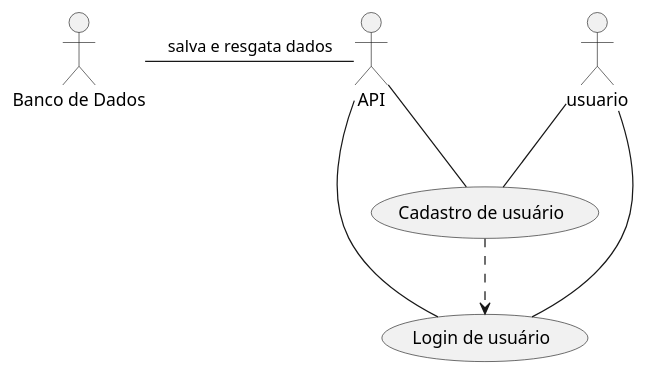
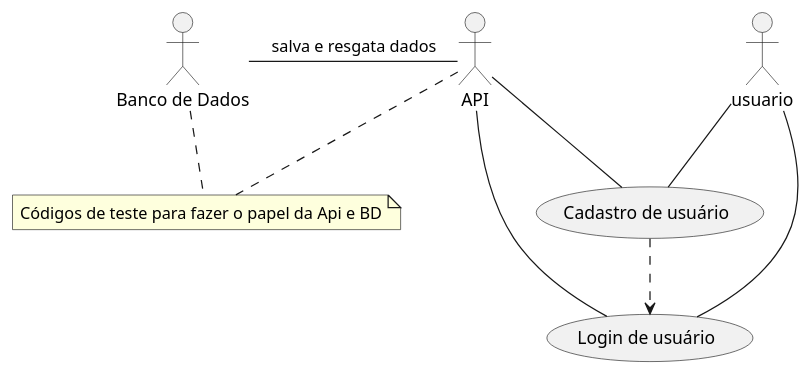
The diagram in src/UML/diagramaCasoDeUso.puml (FranCosMonX/Animes-Available), drawn with PlantUML before and after one commit. The commit also changed 5 other files, not shown here.

```diff
--- a/src/UML/diagramaCasoDeUso.puml
+++ b/src/UML/diagramaCasoDeUso.puml
@@ -1,17 +1,22 @@
 @startuml
+
+note "Códigos de teste para fazer o papel da Api e BD" as notaGlobal
 
 actor usuario
 actor "Banco de Dados" as BD
 actor API
 
 usecase "Cadastro de usuário" as cadastro
 usecase "Login de usuário" as login
 
 usuario -- cadastro
 usuario -- login
 cadastro .-> login
 API -left- BD : salva e resgata dados
 API -- cadastro
 API -- login
 
+notaGlobal .up- BD
+notaGlobal .up- API
+
 @enduml
```
